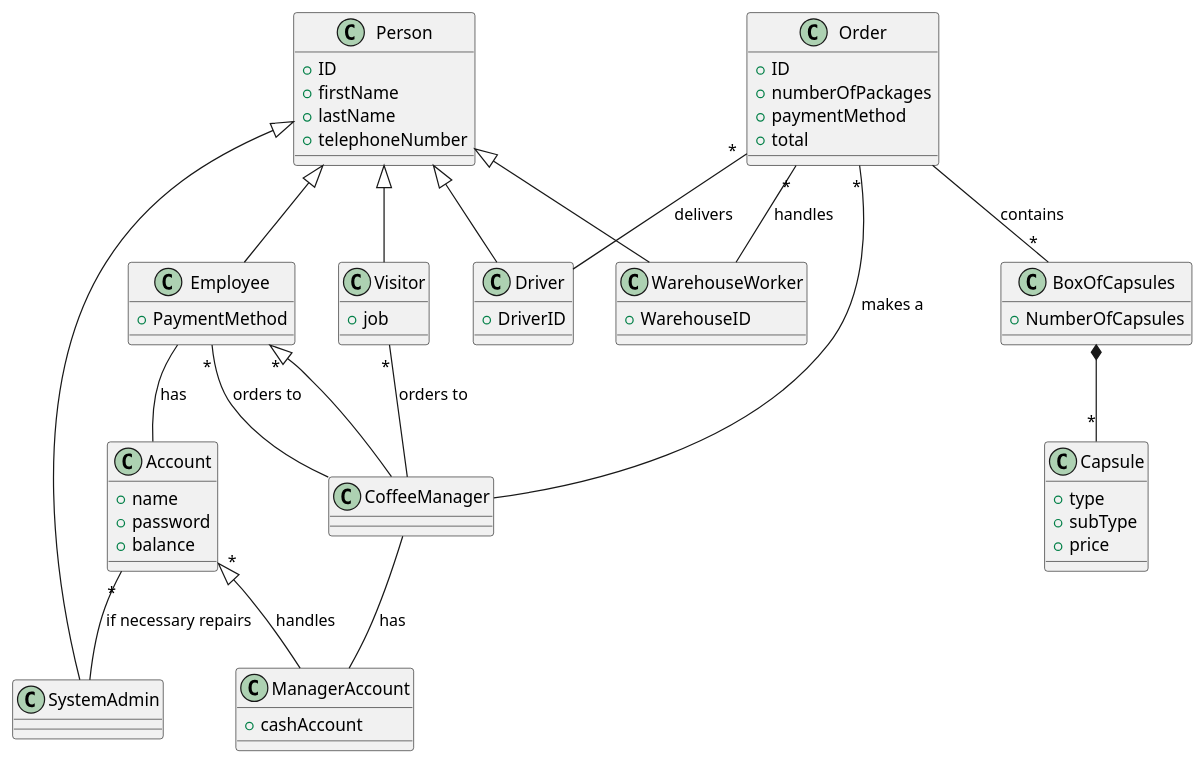
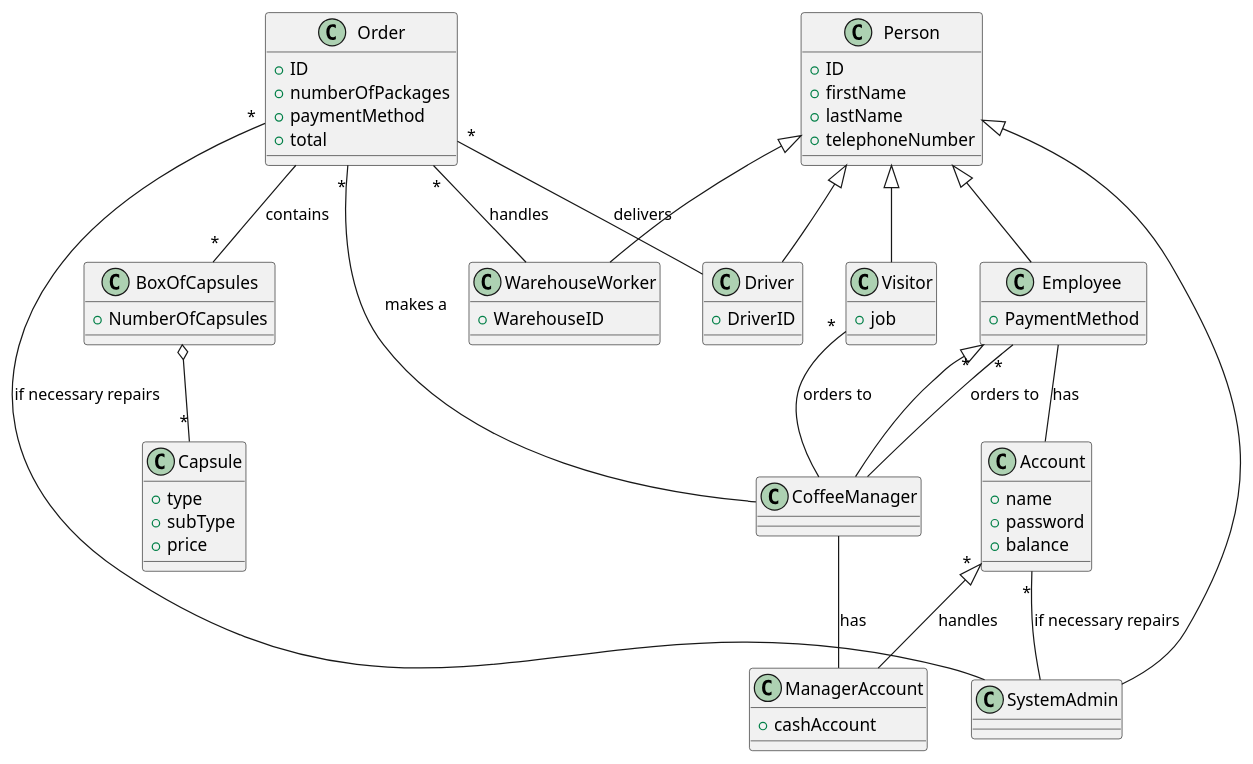
One commit to salvatore-dimartino/LaTazza changed the third of 4 diagrams in templates/RequirementsTemplate.md. Above: the diagram before and after it, drawn with PlantUML.

```diff
--- a/templates/RequirementsTemplate.md
+++ b/templates/RequirementsTemplate.md
@@ -564,6 +564,7 @@
     
 }
 
+Order "*" -- SystemAdmin :if necessary repairs
 Account "*" -- SystemAdmin :if necessary repairs
 Order "*" -- WarehouseWorker :handles
 Order "*" -- Driver :delivers
@@ -572,7 +573,7 @@
 Person <|-- Driver
 Person <|-- WarehouseWorker
 Person <|-- SystemAdmin
-BoxOfCapsules *-- "*" Capsule
+BoxOfCapsules o-- "*" Capsule
 Account "*" <|-- ManagerAccount: handles
 Employee "*" <|-- CoffeeManager
 Employee "*"-- CoffeeManager : orders to
```
